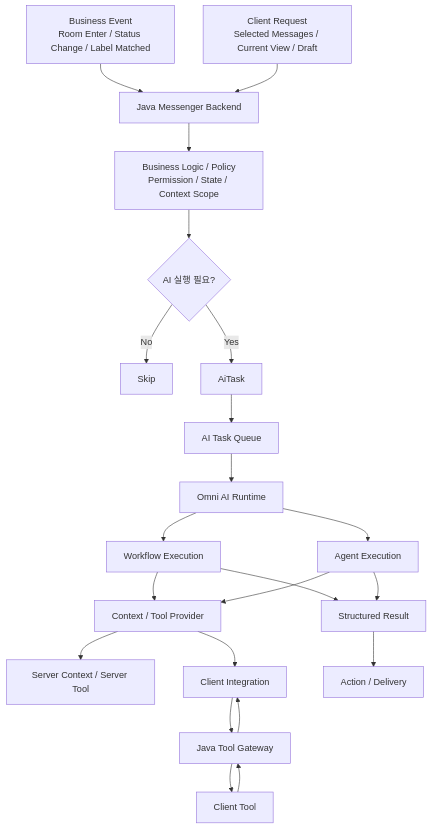
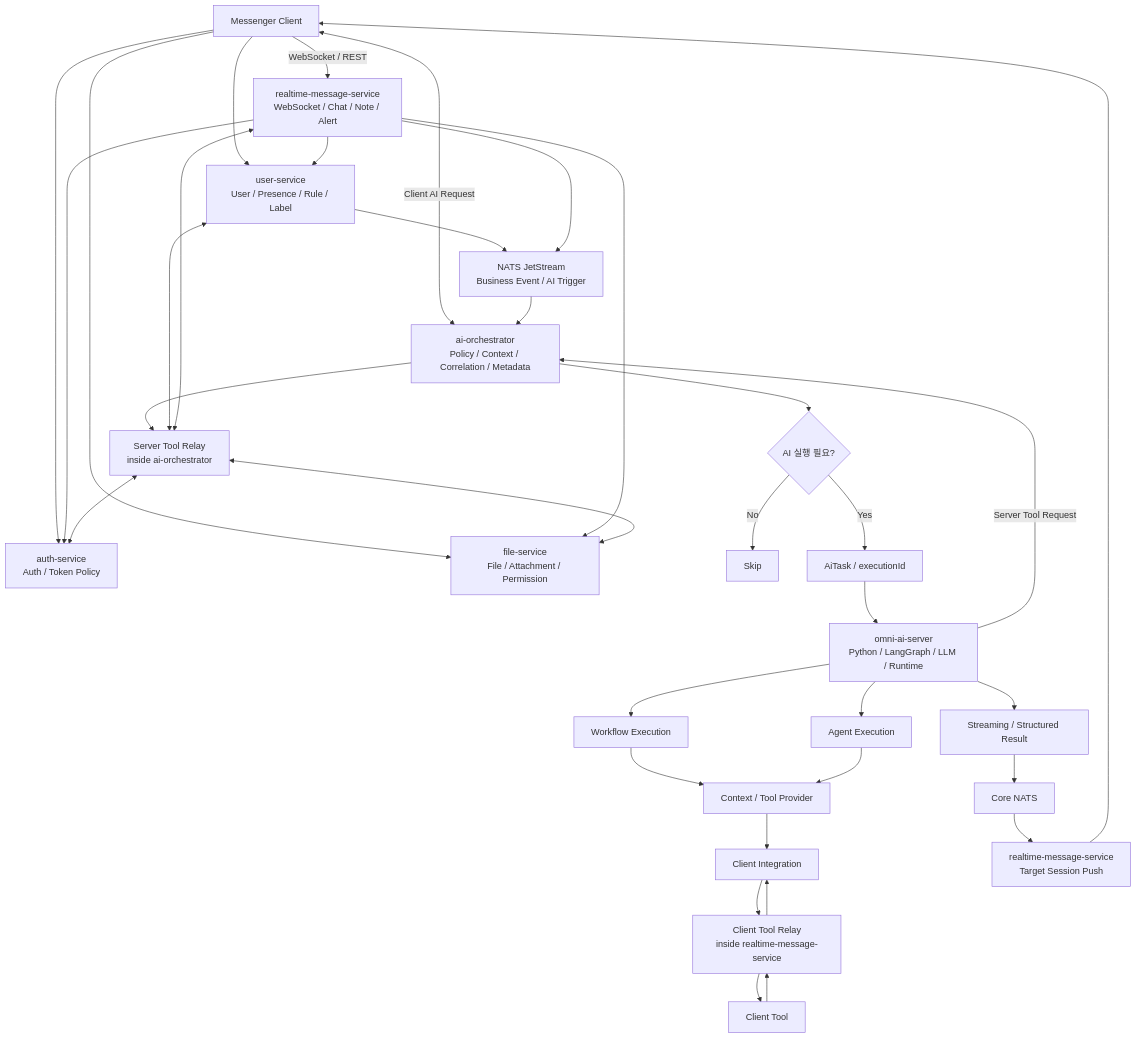
The diagram in docs/architecture.md (kipo3195/omni-ai-architecture), drawn with Mermaid before and after one commit. The commit also changed other lines of this file and 11 other files, not shown here.

````diff
--- a/docs/architecture.md
+++ b/docs/architecture.md
@@ -19,29 +21,44 @@
 ```mermaid
 flowchart TD
-    A1[Business Event<br/>Room Enter / Status Change / Label Matched] --> B[Java Messenger Backend]
-    A2[Client Request<br/>Selected Messages / Current View / Draft] --> B
-    B --> C[Business Logic / Policy<br/>Permission / State / Context Scope]
-    C --> D{AI 실행 필요?}
-    D -- No --> E[Skip]
-    D -- Yes --> F[AiTask]
-    F --> G[AI Task Queue]
-    G --> H[Omni AI Runtime]
+    A[Messenger Client] -->|WebSocket / REST| B[realtime-message-service<br/>WebSocket / Chat / Note / Alert]
+    A <-->|Client AI Request| G[ai-orchestrator<br/>Policy / Context / Correlation / Metadata]
+    A --> C[user-service<br/>User / Presence / Rule / Label]
+    A --> D[auth-service<br/>Auth / Token Policy]
+    A --> E[file-service<br/>File / Attachment / Permission]
 
-    H --> I[Workflow Execution]
-    H --> J[Agent Execution]
+    B --> C[user-service<br/>User / Presence / Rule / Label]
+    B --> D[auth-service<br/>Auth / Token Policy]
+    B --> E[file-service<br/>File / Attachment / Permission]
 
-    I --> K[Context / Tool Provider]
-    J --> K
+    C --> F[NATS JetStream<br/>Business Event / AI Trigger]
+    B --> F
+    F --> G
 
-    K --> L[Server Context / Server Tool]
-    K --> M[Client Integration]
+    G --> H{AI 실행 필요?}
+    H -- No --> I[Skip]
+    H -- Yes --> J[AiTask / executionId]
+    J --> K[omni-ai-server<br/>Python / LangGraph / LLM / Runtime]
 
-    M --> N[Java Tool Gateway]
-    N --> O[Client Tool]
-    O --> N
-    N --> M
+    K -->|Server Tool Request| G
+    G --> O[Server Tool Relay<br/>inside ai-orchestrator]
+    O <--> C
+    O <--> D
+    O <--> E
+    O <--> B
 
-    I --> P[Structured Result]
-    J --> P
-    P --> Q[Action / Delivery]
+    K --> L[Workflow Execution]
+    K --> M[Agent Execution]
+    L --> N[Context / Tool Provider]
+    M --> N
+    N --> P[Client Integration]
+
+    P --> Q[Client Tool Relay<br/>inside realtime-message-service]
+    Q --> R[Client Tool]
+    R --> Q
+    Q --> P
+
+    K --> S[Streaming / Structured Result]
+    S --> T[Core NATS]
+    T --> U[realtime-message-service<br/>Target Session Push]
+    U --> A
 ```
````
